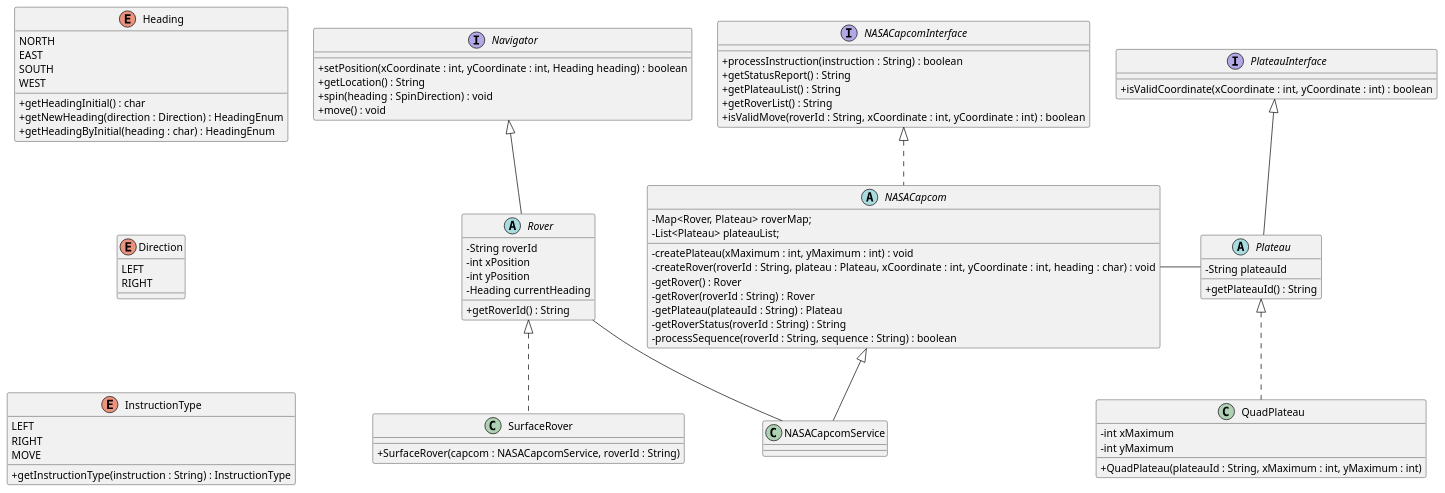
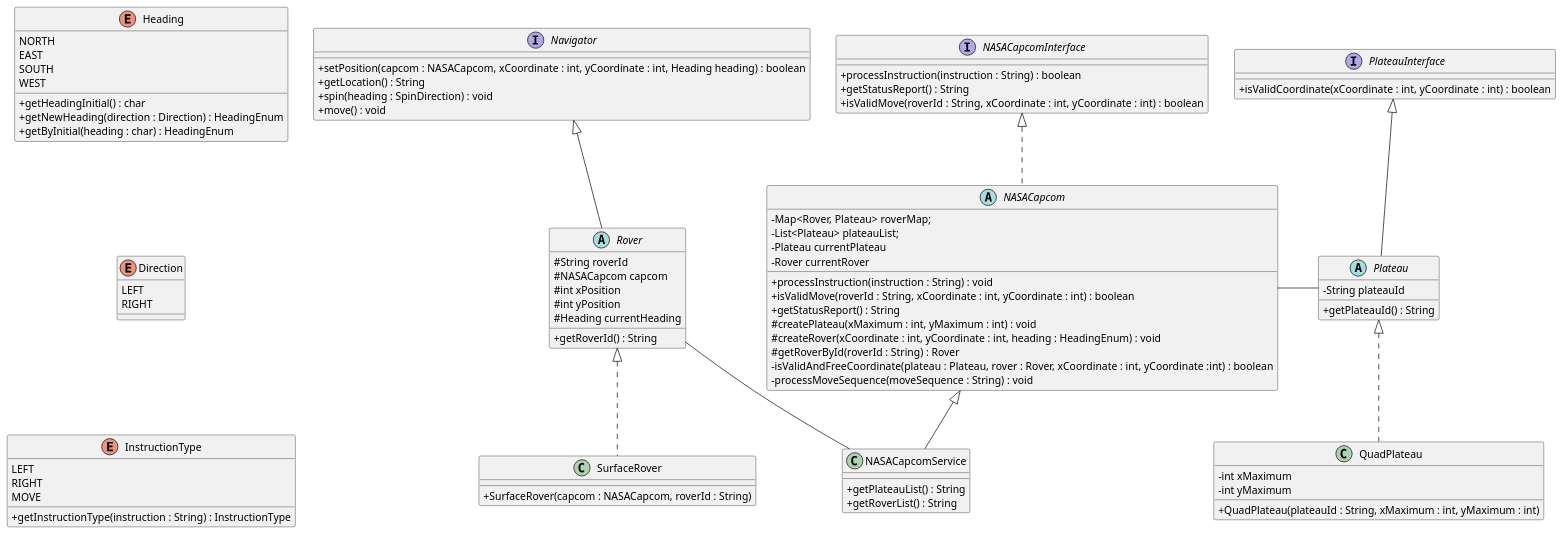
One commit to probert999/mars-rover changed the diagram in uml/MarsRoverClassDiagram.puml. Above: the diagram before and after it, drawn with PlantUML. The commit also changed 11 other files, not shown here.

Commit message:
Added unknown rover check.  Tidying code. Updated UML

```diff
--- a/uml/MarsRoverClassDiagram.puml
+++ b/uml/MarsRoverClassDiagram.puml
@@ -1,100 +1,103 @@
 @startuml
 skinparam classAttributeIconSize 0
 
 interface Navigator {
-    + setPosition(xCoordinate : int, yCoordinate : int, Heading heading) : boolean
+    + setPosition(capcom : NASACapcom, xCoordinate : int, yCoordinate : int, Heading heading) : boolean
     + getLocation() : String
     + spin(heading : SpinDirection) : void
     + move() : void
 }
 
 abstract class Rover extends Navigator  {
-  - String roverId
-  - int xPosition
-  - int yPosition
-  - Heading currentHeading
+  # String roverId
+  # NASACapcom capcom
+  # int xPosition
+  # int yPosition
+  # Heading currentHeading
 
   + getRoverId() : String
 }
 
 class SurfaceRover implements Rover  {
-    + SurfaceRover(capcom : NASACapcomService, roverId : String)
+    + SurfaceRover(capcom : NASACapcom, roverId : String)
 }
 
 interface PlateauInterface  {
    + isValidCoordinate(xCoordinate : int, yCoordinate : int) : boolean
 }
 
 abstract class Plateau extends PlateauInterface {
   - String plateauId
   + getPlateauId() : String
 }
 
 class QuadPlateau implements Plateau {
   - int xMaximum
   - int yMaximum
 
    + QuadPlateau(plateauId : String, xMaximum : int, yMaximum : int)
-
 }
 
 
 enum Heading
 {
 NORTH
 EAST
 SOUTH
 WEST
 + getHeadingInitial() : char
 + getNewHeading(direction : Direction) : HeadingEnum
-+ getHeadingByInitial(heading : char) : HeadingEnum
++ getByInitial(heading : char) : HeadingEnum
 }
 
 enum Direction
 {
 LEFT
 RIGHT
 }
 
 enum InstructionType
 {
 LEFT
 RIGHT
 MOVE
 + getInstructionType(instruction : String) : InstructionType
 }
 
 interface NASACapcomInterface {
   + processInstruction(instruction : String) : boolean
   + getStatusReport() : String
-  + getPlateauList() : String
-  + getRoverList() : String
   + isValidMove(roverId : String, xCoordinate : int, yCoordinate : int) : boolean
 }
 
 abstract class NASACapcom implements NASACapcomInterface {
   - Map<Rover, Plateau> roverMap;
   - List<Plateau> plateauList;
+  - Plateau currentPlateau
+  - Rover currentRover
 
-  - createPlateau(xMaximum : int, yMaximum : int) : void
-  - createRover(roverId : String, plateau : Plateau, xCoordinate : int, yCoordinate : int, heading : char) : void
-  - getRover() : Rover
-  - getRover(roverId : String) : Rover
-  - getPlateau(plateauId : String) : Plateau
-  - getRoverStatus(roverId : String) : String
-  - processSequence(roverId : String, sequence : String) : boolean
+  + processInstruction(instruction : String) : void
+  + isValidMove(roverId : String, xCoordinate : int, yCoordinate : int) : boolean
+  + getStatusReport() : String
+  # createPlateau(xMaximum : int, yMaximum : int) : void
+  # createRover(xCoordinate : int, yCoordinate : int, heading : HeadingEnum) : void
+  # getRoverById(roverId : String) : Rover
+  - isValidAndFreeCoordinate(plateau : Plateau, rover : Rover, xCoordinate : int, yCoordinate :int) : boolean
+  - processMoveSequence(moveSequence : String) : void
 }
 
 class NASACapcomService extends NASACapcom
 {
+  + getPlateauList() : String
+  + getRoverList() : String
 }
 
 NASACapcom - Plateau
 Rover -- NASACapcomService
 
 
 Heading -[hidden] Navigator
 Heading -[hidden]d-> Direction
 Direction -[hidden]d-> InstructionType
 
 @enduml
```
